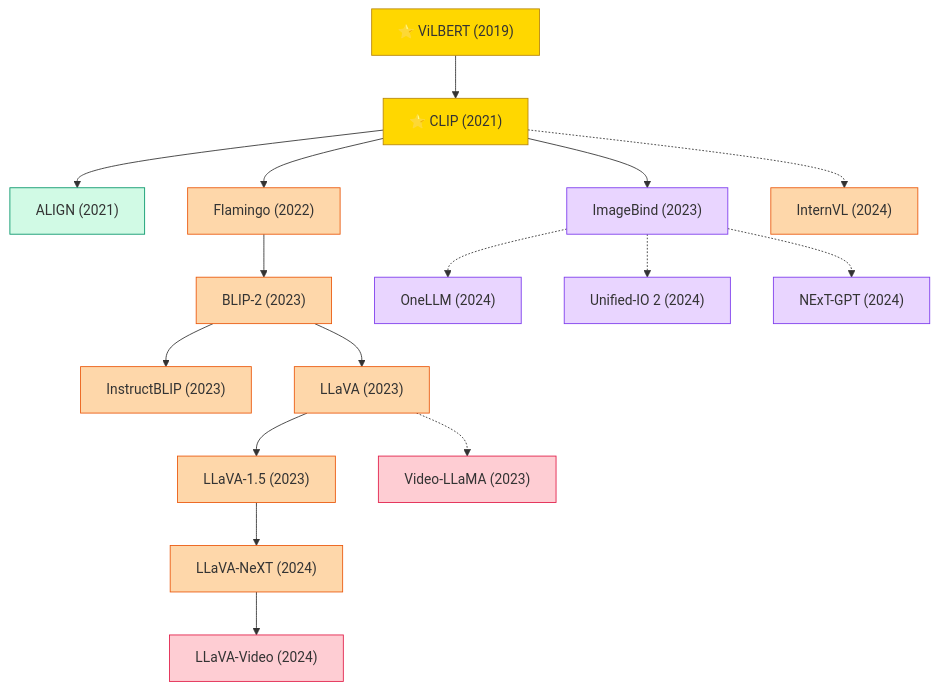
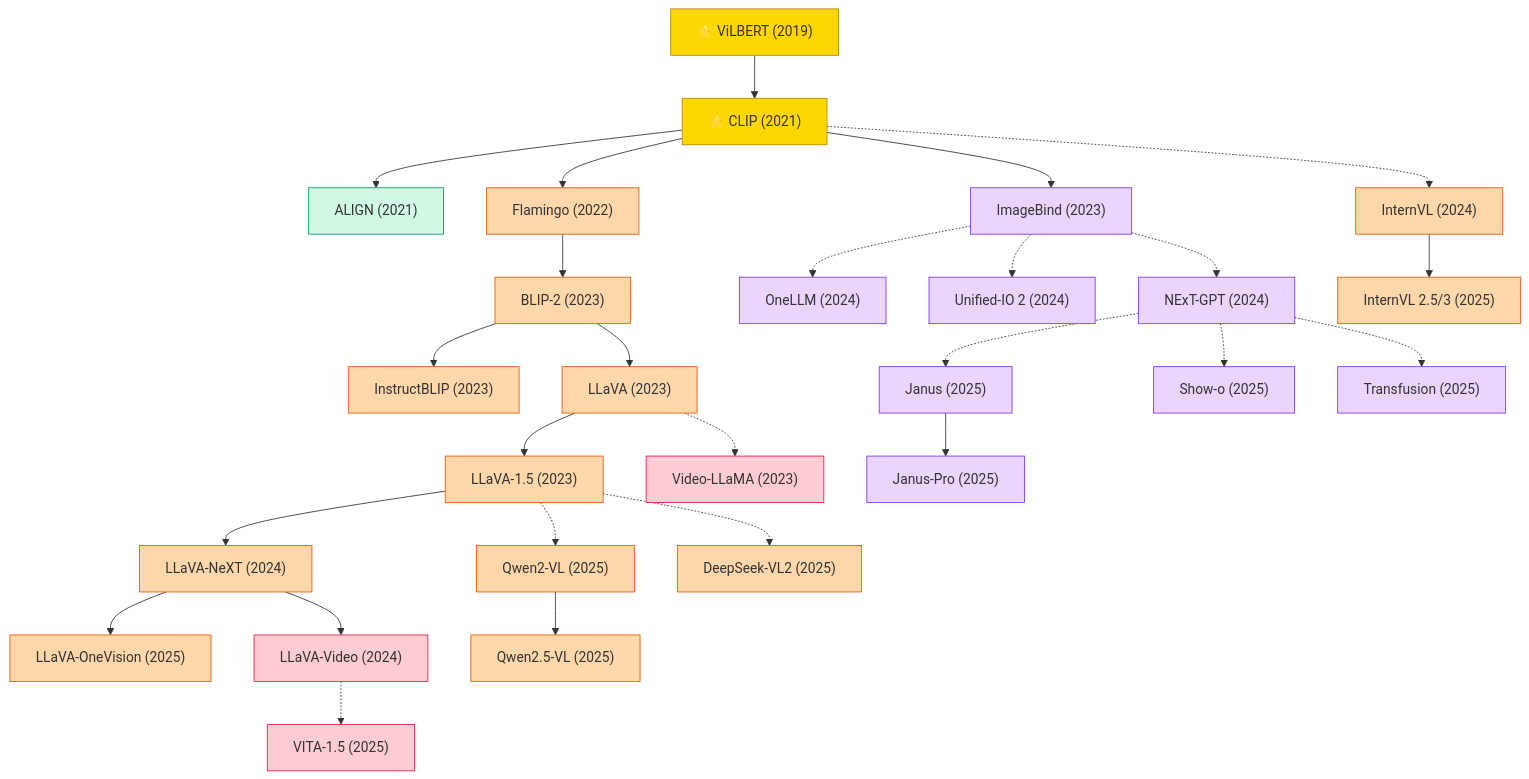
The diagram in domains/multimodal/README.md (zerenzhou/Awesome-Machine-Learning-Papers), drawn with Mermaid before and after one commit. The commit also changed other lines of this file and 11 other files, not shown here.

````diff
--- a/domains/multimodal/README.md
+++ b/domains/multimodal/README.md
@@ -7,27 +7,38 @@
 ```mermaid
 graph TD
     classDef early fill:#DBEAFE,stroke:#2563EB
     classDef contrastive fill:#D1FAE5,stroke:#059669
     classDef vlm fill:#FED7AA,stroke:#EA580C
     classDef unified fill:#E9D5FF,stroke:#7C3AED
     classDef video fill:#FECDD3,stroke:#E11D48
     classDef star fill:#FFD700,stroke:#B8860B
 
     ViLBERT["⭐ ViLBERT (2019)"]:::star --> CLIP["⭐ CLIP (2021)"]:::star
     CLIP --> ALIGN["ALIGN (2021)"]:::contrastive
     CLIP --> Flamingo["Flamingo (2022)"]:::vlm
     Flamingo --> BLIP2["BLIP-2 (2023)"]:::vlm
     BLIP2 --> InstructBLIP["InstructBLIP (2023)"]:::vlm
     BLIP2 --> LLaVA["LLaVA (2023)"]:::vlm
     LLaVA --> LLaVA15["LLaVA-1.5 (2023)"]:::vlm
     LLaVA15 --> LLaVANeXT["LLaVA-NeXT (2024)"]:::vlm
+    LLaVANeXT --> LLaVAOneVision["LLaVA-OneVision (2025)"]:::vlm
     CLIP --> ImageBind["ImageBind (2023)"]:::unified
     CLIP -.-> InternVL["InternVL (2024)"]:::vlm
+    InternVL --> InternVL3["InternVL 2.5/3 (2025)"]:::vlm
 
     ImageBind -.-> OneLLM["OneLLM (2024)"]:::unified
     ImageBind -.-> UnifiedIO2["Unified-IO 2 (2024)"]:::unified
     ImageBind -.-> NExTGPT["NExT-GPT (2024)"]:::unified
+    NExTGPT -.-> Janus["Janus (2025)"]:::unified
+    Janus --> JanusPro["Janus-Pro (2025)"]:::unified
+    NExTGPT -.-> ShowO["Show-o (2025)"]:::unified
+    NExTGPT -.-> Transfusion["Transfusion (2025)"]:::unified
 
     LLaVANeXT --> LLaVAVideo["LLaVA-Video (2024)"]:::video
     LLaVA -.-> VideoLLaMA["Video-LLaMA (2023)"]:::video
+    LLaVAVideo -.-> VITA15["VITA-1.5 (2025)"]:::video
+
+    LLaVA15 -.-> Qwen2VL["Qwen2-VL (2025)"]:::vlm
+    Qwen2VL --> Qwen25VL["Qwen2.5-VL (2025)"]:::vlm
+    LLaVA15 -.-> DeepSeekVL2["DeepSeek-VL2 (2025)"]:::vlm
 ```
````
